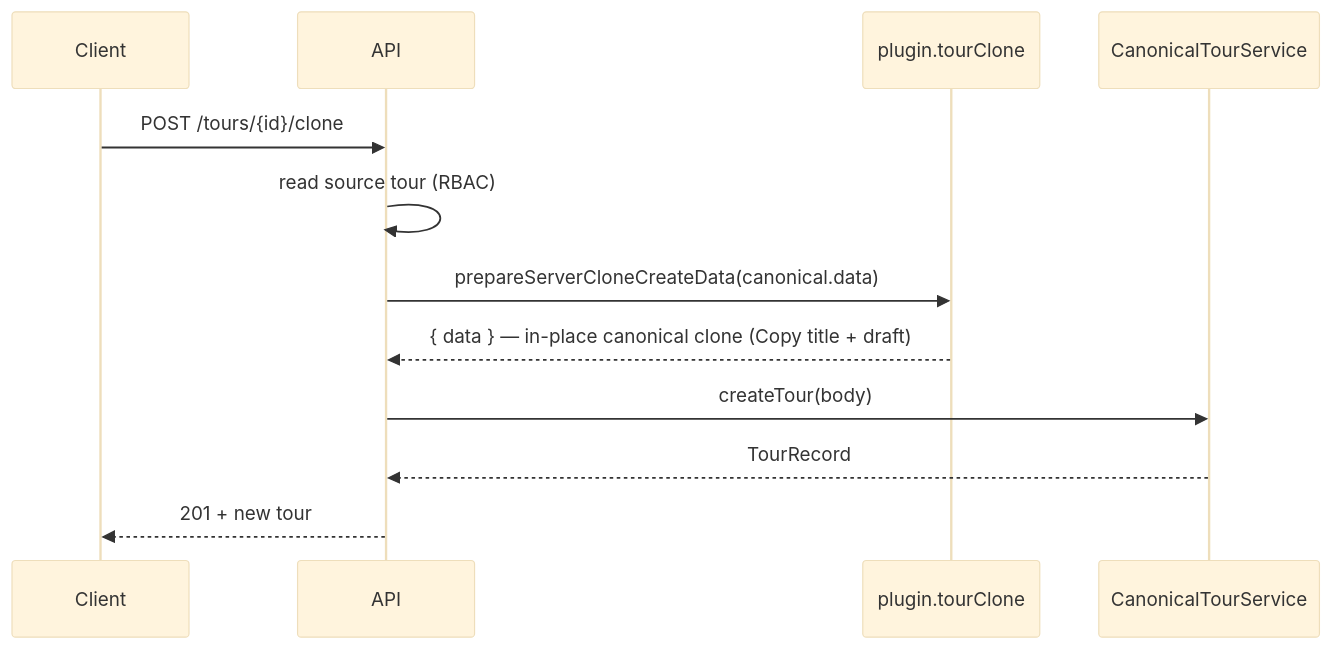
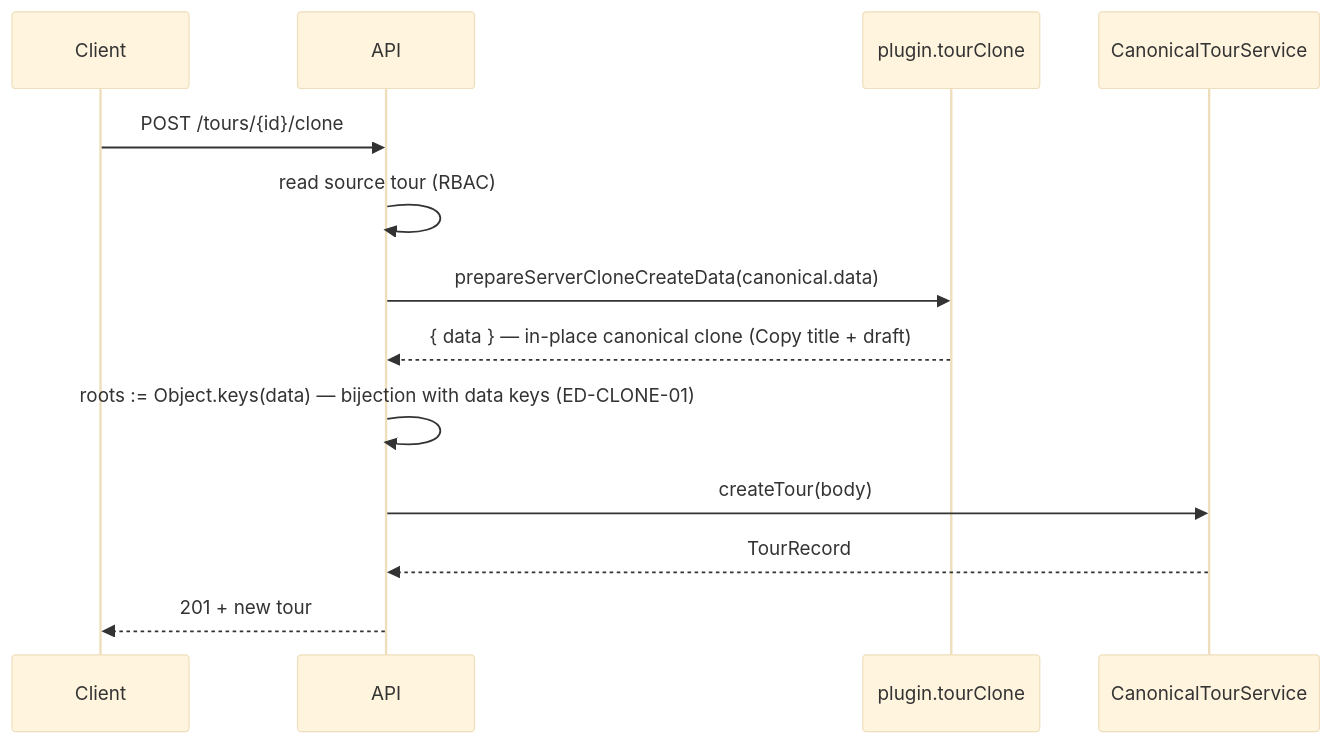
Before and after one commit to hrokhbakhsh1991/docs: the diagram in docs/phase-11/subphases/11.12-server-tour-clone.md, drawn with Mermaid (base theme). The commit also changed other lines of this file and 76 other files, not shown here.

````diff
--- a/docs/phase-11/subphases/11.12-server-tour-clone.md
+++ b/docs/phase-11/subphases/11.12-server-tour-clone.md
@@ -25,15 +25,16 @@
 ```mermaid
 sequenceDiagram
   participant Client
   participant API
   participant Plugin as plugin.tourClone
   participant Canonical as CanonicalTourService
 
   Client->>API: POST /tours/{id}/clone
   API->>API: read source tour (RBAC)
   API->>Plugin: prepareServerCloneCreateData(canonical.data)
   Plugin-->>API: { data } — in-place canonical clone (Copy title + draft)
+  API->>API: roots := Object.keys(data) — bijection with data keys (ED-CLONE-01)
   API->>Canonical: createTour(body)
   Canonical-->>API: TourRecord
   API-->>Client: 201 + new tour
 ```
````
